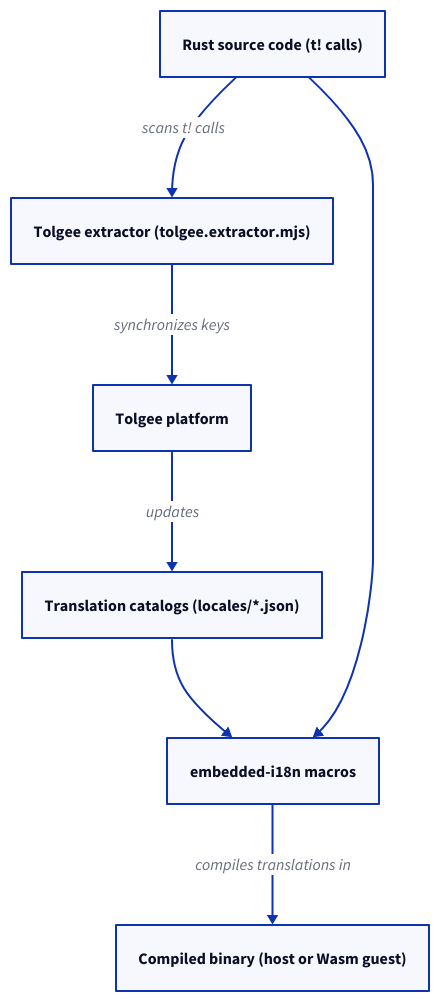
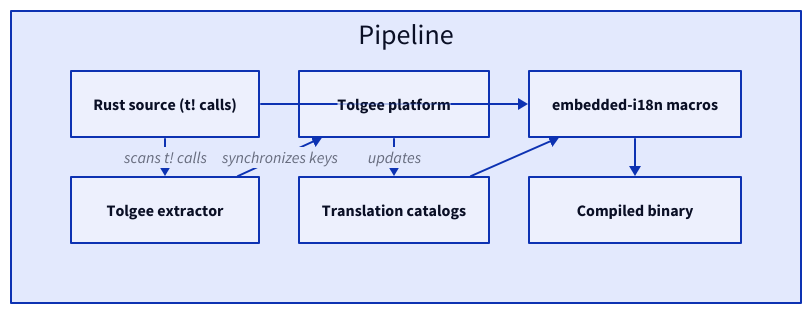
One commit to xila-project/website changed the diagram in src/content/docs/explanation/architecture/libraries/internationalization.mdx. Above: the diagram before and after it, drawn with D2. The commit also changed 6 other files, not shown here.

First line of the commit message:
docs(diagrams): apply the review findings to the libraries diagrams

````diff
--- a/src/content/docs/explanation/architecture/libraries/internationalization.mdx
+++ b/src/content/docs/explanation/architecture/libraries/internationalization.mdx
@@ -89,15 +89,19 @@
 ```d2 title="Compile-time translation flow"
 direction: down
-source: Rust source code (t! calls) { class: io }
-extractor: Tolgee extractor (tolgee.extractor.mjs) { class: component }
-tolgee: Tolgee platform { class: component }
-catalogs: "Translation catalogs (locales/*.json)" { class: stored }
-macros: embedded-i18n macros { class: component }
-binary: Compiled binary (host or Wasm guest) { class: io }
-source -> extractor: scans t! calls
-extractor -> tolgee: synchronizes keys
-tolgee -> catalogs: updates
-catalogs -> macros
-source -> macros
-macros -> binary: compiles translations in
+pipeline: Pipeline {
+  class: layer
+  grid-columns: 3
+  source: Rust source (t! calls) { class: io }
+  extractor: Tolgee extractor { class: component }
+  tolgee: Tolgee platform { class: component }
+  catalogs: Translation catalogs { class: stored }
+  macros: embedded-i18n macros { class: component }
+  binary: Compiled binary { class: io }
+}
+pipeline.source -> pipeline.extractor: scans t! calls
+pipeline.extractor -> pipeline.tolgee: synchronizes keys
+pipeline.tolgee -> pipeline.catalogs: updates
+pipeline.catalogs -> pipeline.macros
+pipeline.source -> pipeline.macros
+pipeline.macros -> pipeline.binary
 ```
````
